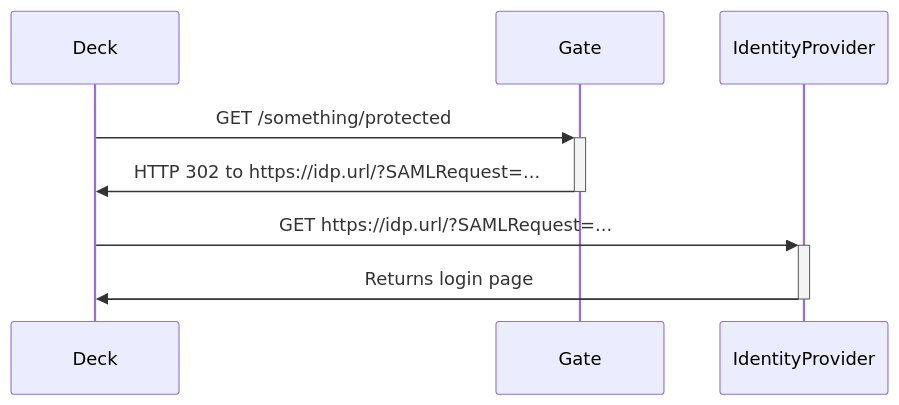
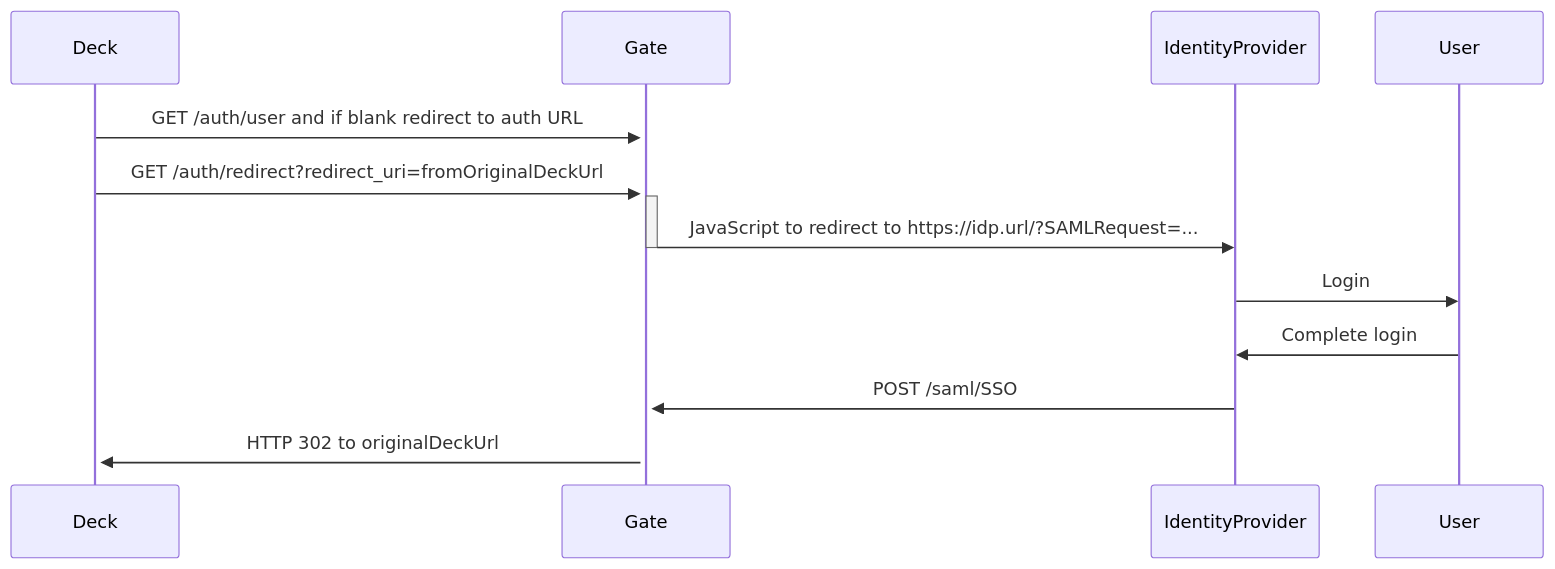
Before and after one commit to spinnaker/spinnaker.io: the first of 2 diagrams in content/en/docs/setup/other_config/security/authentication/saml/index.md, drawn with Mermaid. The commit also changed other lines of this file and 367 other files, not shown here.

```diff
--- a/content/en/docs/setup/other_config/security/authentication/saml/index.md
+++ b/content/en/docs/setup/other_config/security/authentication/saml/index.md
@@ -162,13 +121,13 @@
 {{< mermaid >}}
-    sequenceDiagram
-    
-    participant Deck
-    participant Gate
-    participant IdentityProvider
-    
-    Deck->>+Gate: GET /something/protected
-    Gate->>-Deck: HTTP 302 to https://idp.url/?SAMLRequest=...
-    
-    Deck->>+IdentityProvider: GET https://idp.url/?SAMLRequest=...
-    IdentityProvider->>-Deck: Returns login page
+   sequenceDiagram    
+      participant Deck
+      participant Gate
+      participant IdentityProvider
+      Deck->>+Gate: GET /auth/user and if blank redirect to auth URL
+      Deck->>+Gate: GET /auth/redirect?redirect_uri=fromOriginalDeckUrl
+      Gate->>-IdentityProvider: JavaScript to redirect to https://idp.url/?SAMLRequest=...
+      IdentityProvider->>User: Login
+      User->>IdentityProvider: Complete login
+      IdentityProvider->>+Gate: POST /saml/SSO
+      Gate->>+Deck: HTTP 302 to originalDeckUrl 
 {{< /mermaid >}}
```
